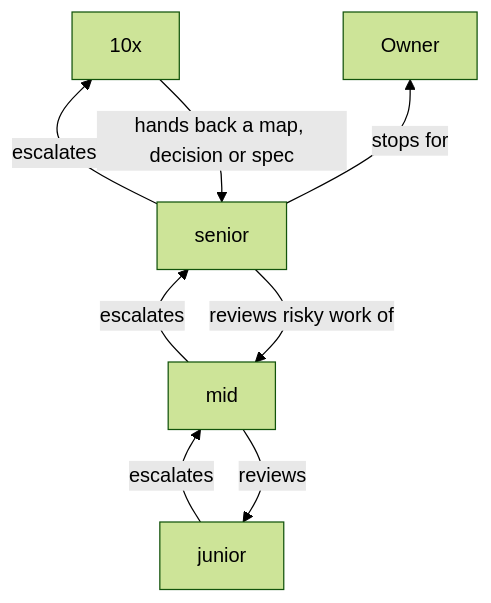
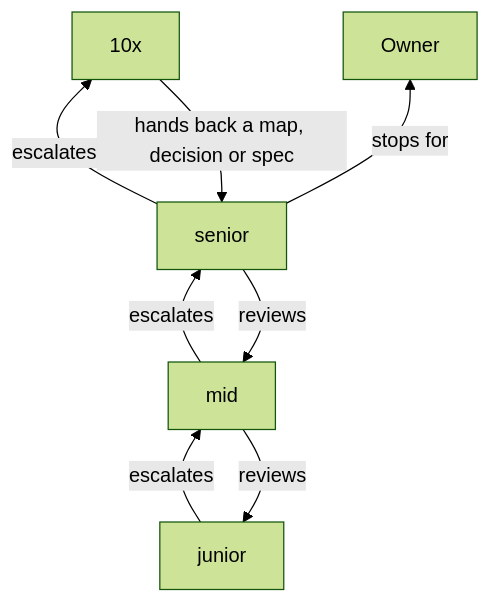
The first of 2 diagrams in docs/validation.md (rishi23root/agent-skills), drawn with Mermaid (forest theme) before and after one commit. The commit also changed other lines of this file and 19 other files, not shown here.

````diff
--- a/docs/validation.md
+++ b/docs/validation.md
@@ -8,10 +8,10 @@
 ```mermaid
 flowchart BT
   J[junior] -- escalates --> M[mid]
   M -- escalates --> S[senior]
   S -- escalates --> X[10x]
   X -- hands back a map, decision or spec --> S
   S -- stops for --> O[Owner]
   M -- reviews --> J
-  S -- reviews risky work of --> M
+  S -- reviews --> M
 ```
````
